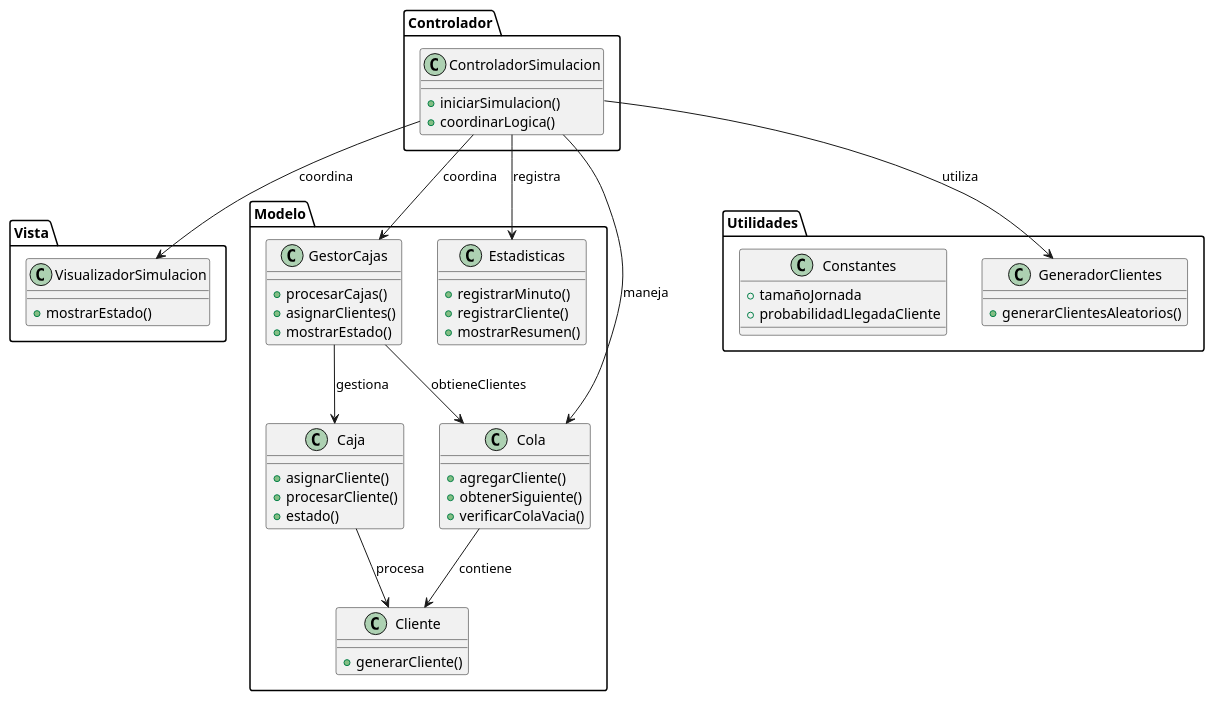
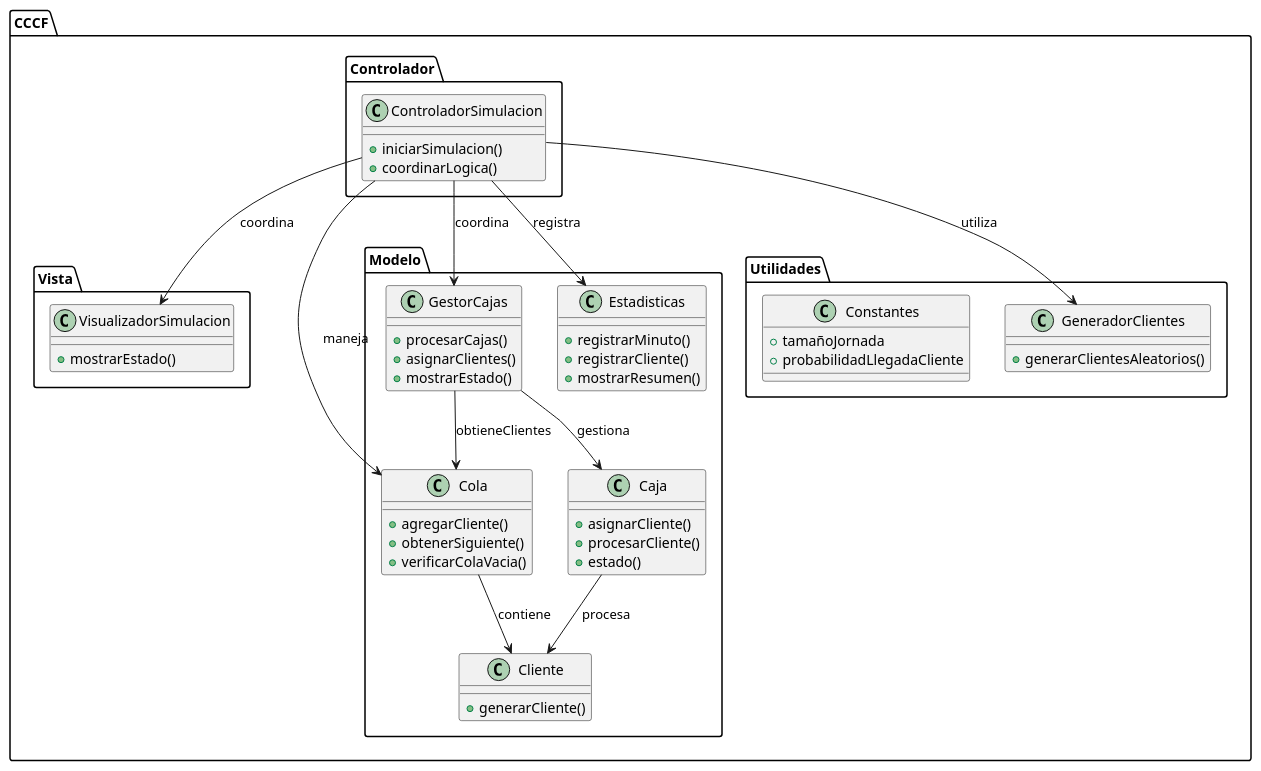
The diagram in proyecto/diseñoModular/UML/ModeloDominio.puml (mmasias/24-25-IdSw2-SDD), drawn with PlantUML before and after one commit. The commit also changed 2 other files, not shown here.

```diff
--- a/proyecto/diseñoModular/UML/ModeloDominio.puml
+++ b/proyecto/diseñoModular/UML/ModeloDominio.puml
@@ -1,70 +1,69 @@
 @startuml
-
+package CCCF{
 package "Controlador" {
     class ControladorSimulacion {
         +iniciarSimulacion()
         +coordinarLogica()
     }
 }
 
 package "Vista" {
     class VisualizadorSimulacion {
         +mostrarEstado()
     }
 }
 
 package "Modelo" {
     class Cola {
         +agregarCliente()
         +obtenerSiguiente()
         +verificarColaVacia()
     }
 
     class Caja {
         +asignarCliente()
         +procesarCliente()
         +estado()
     }
 
     class GestorCajas {
         +procesarCajas()
         +asignarClientes()
         +mostrarEstado()
     }
 
     class Cliente {
         +generarCliente()
     }
 
     class Estadisticas {
         +registrarMinuto()
         +registrarCliente()
         +mostrarResumen()
     }
 }
 
 package "Utilidades" {
     class GeneradorClientes {
         +generarClientesAleatorios()
     }
 
     class Constantes {
         +tamañoJornada
         +probabilidadLlegadaCliente
     }
 }
-
+}
 ' Relaciones
 ControladorSimulacion --> VisualizadorSimulacion : coordina
 ControladorSimulacion --> Cola : maneja
 ControladorSimulacion --> GestorCajas : coordina
 ControladorSimulacion --> Estadisticas : registra
 
 Cola --> Cliente : contiene
 GestorCajas --> Caja : gestiona
 Caja --> Cliente : procesa
 
 ControladorSimulacion --> GeneradorClientes : utiliza
 GestorCajas --> Cola : obtieneClientes
-
 @enduml
```
